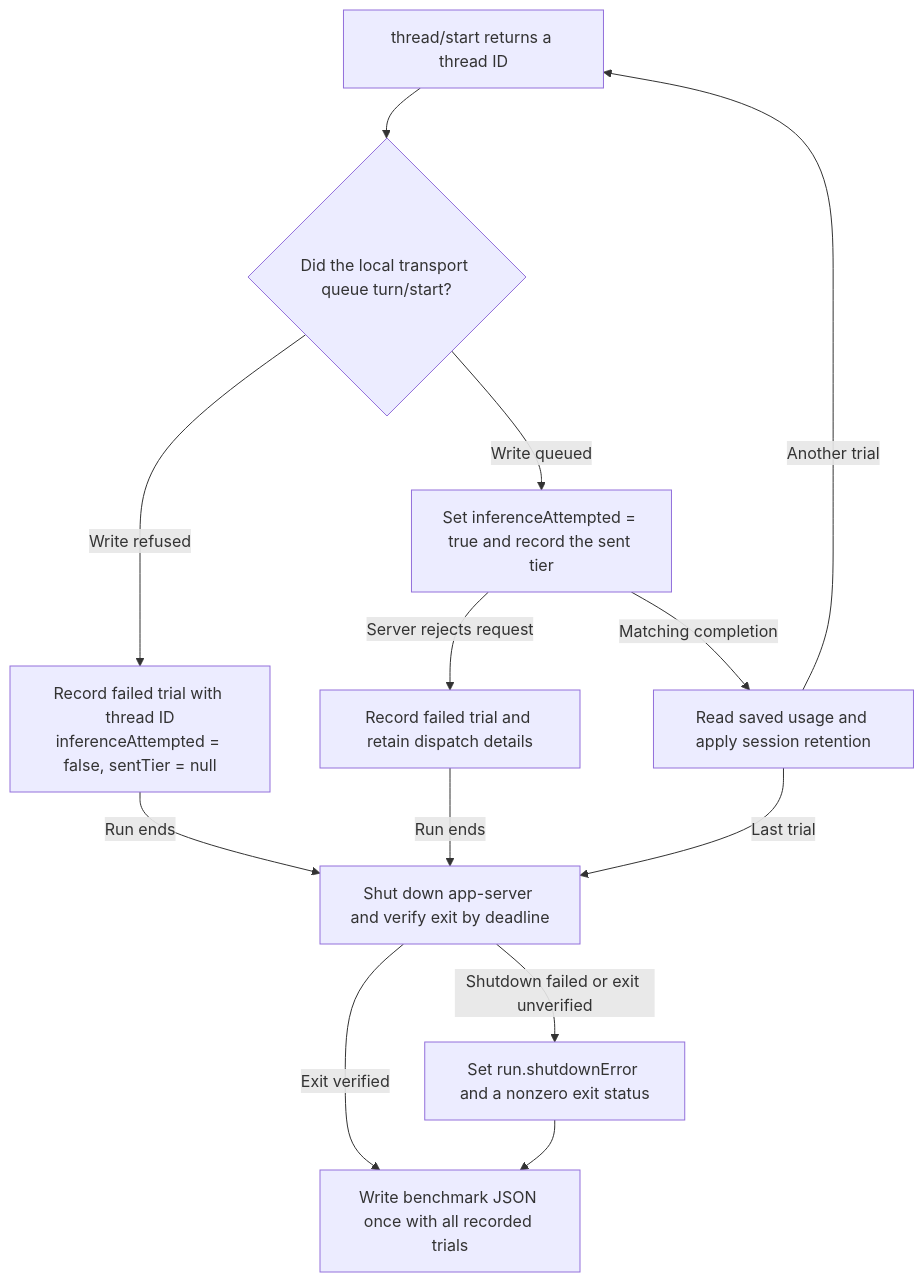
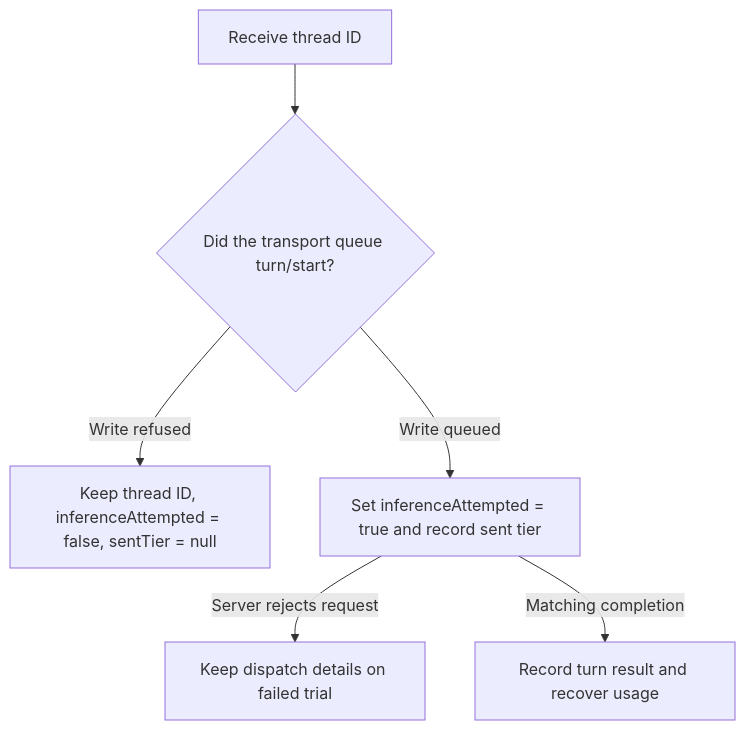
The third of 5 diagrams in docs/researches/research-2026-11-19-codex-turn-reporting-and-process-shutdown.md (dev-pi2pie/cdx-chores), drawn with Mermaid before and after one commit. The commit also changed other lines of this file, not shown here.

Commit message:
docs(research): clarify Codex command routing and session retention

````diff
--- a/docs/researches/research-2026-11-19-codex-turn-reporting-and-process-shutdown.md
+++ b/docs/researches/research-2026-11-19-codex-turn-reporting-and-process-shutdown.md
@@ -34,15 +60,8 @@
 ```mermaid
 flowchart TD
-    thread["thread/start returns a thread ID"] --> dispatch{"Did the local transport queue turn/start?"}
-    dispatch -->|Write refused| unsent["Record failed trial with thread ID<br/>inferenceAttempted = false, sentTier = null"]
-    dispatch -->|Write queued| sent["Set inferenceAttempted = true and record the sent tier"]
-    sent -->|Server rejects request| rejected["Record failed trial and retain dispatch details"]
-    sent -->|Matching completion| trial["Read saved usage and apply session retention"]
-    trial -->|Another trial| thread
-    trial -->|Last trial| close["Shut down app-server and verify exit by deadline"]
-    unsent -->|Run ends| close
-    rejected -->|Run ends| close
-    close -->|Exit verified| report["Write benchmark JSON once with all recorded trials"]
-    close -->|Shutdown failed or exit unverified| failure["Set run.shutdownError and a nonzero exit status"]
-    failure --> report
+    thread["Receive thread ID"] --> write{"Did the transport queue turn/start?"}
+    write -->|Write refused| unsent["Keep thread ID, inferenceAttempted = false, sentTier = null"]
+    write -->|Write queued| sent["Set inferenceAttempted = true and record sent tier"]
+    sent -->|Server rejects request| rejected["Keep dispatch details on failed trial"]
+    sent -->|Matching completion| complete["Record turn result and recover usage"]
 ```
````
